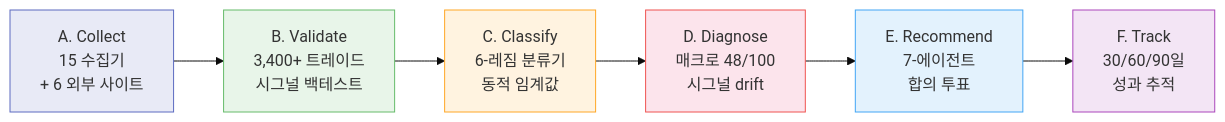
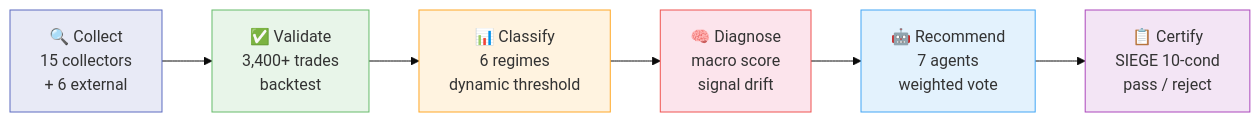
The first of 2 diagrams in README.md (researcherhojin/nuri-quant), drawn with Mermaid (base theme) before and after one commit. The commit also changed other lines of this file and 2 other files, not shown here.

First line of the commit message:
feat: SIEGE Certification Engine + emelmujiro-style README

````diff
--- a/README.md
+++ b/README.md
@@ -19,15 +20,15 @@
 ```mermaid
 graph LR
-    A["A. Collect<br/>15 수집기<br/>+ 6 외부 사이트"] --> B["B. Validate<br/>3,400+ 트레이드<br/>시그널 백테스트"]
-    B --> C["C. Classify<br/>6-레짐 분류기<br/>동적 임계값"]
-    C --> D["D. Diagnose<br/>매크로 48/100<br/>시그널 drift"]
-    D --> E["E. Recommend<br/>7-에이전트<br/>합의 투표"]
-    E --> F["F. Track<br/>30/60/90일<br/>성과 추적"]
+    A["🔍 Collect<br/>15 collectors<br/>+ 6 external"] --> B["✅ Validate<br/>3,400+ trades<br/>backtest"]
+    B --> C["📊 Classify<br/>6 regimes<br/>dynamic threshold"]
+    C --> D["🧠 Diagnose<br/>macro score<br/>signal drift"]
+    D --> E["🤖 Recommend<br/>7 agents<br/>weighted vote"]
+    E --> F["📋 Certify<br/>SIEGE 10-cond<br/>pass / reject"]
 
     style A fill:#e8eaf6,stroke:#5c6bc0
     style B fill:#e8f5e9,stroke:#66bb6a
     style C fill:#fff3e0,stroke:#ffa726
     style D fill:#fce4ec,stroke:#ef5350
     style E fill:#e3f2fd,stroke:#42a5f5
     style F fill:#f3e5f5,stroke:#ab47bc
 ```
````
